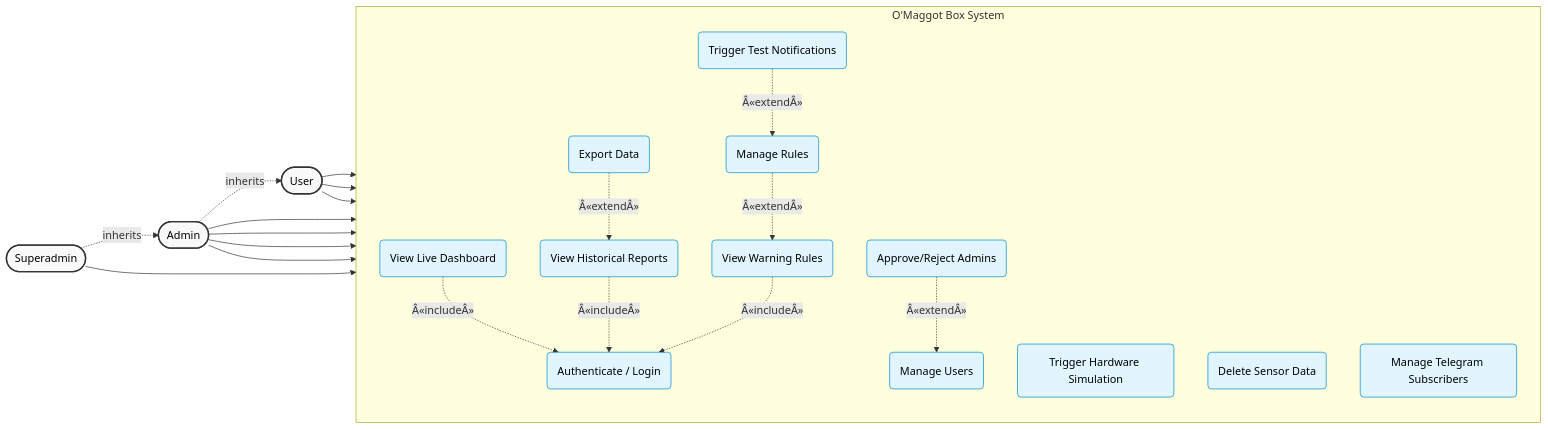
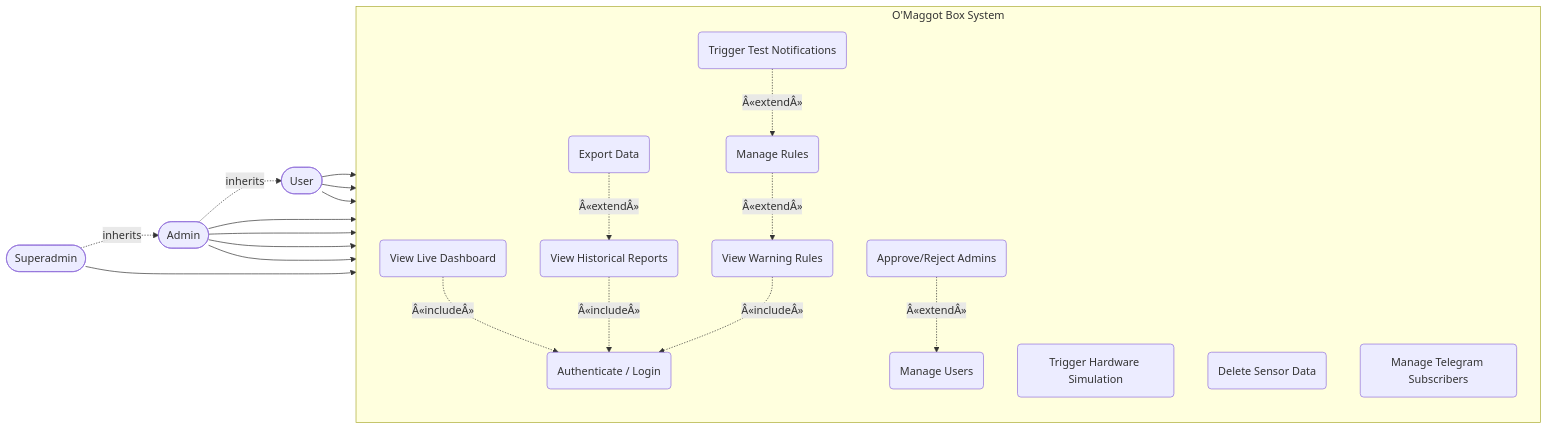
One commit to boyishwara/omaggot changed the fourth of 5 diagrams in README.md. Above: the diagram before and after it, drawn with Mermaid. The commit also changed other lines of this file, not shown here.

````diff
--- a/README.md
+++ b/README.md
@@ -318,62 +318,62 @@
 ```mermaid
 flowchart LR
     %% Actors
     User([User])
     Admin([Admin])
     Superadmin([Superadmin])
 
     %% Inheritance (Generalization)
     Superadmin -.->|inherits| Admin
     Admin -.->|inherits| User
 
     %% System Boundary
     subgraph O_Maggot_System [O'Maggot Box System]
         direction TB
-        
+
         %% Use Cases
         UC_Auth(Authenticate / Login)
-        
+
         UC_Dash(View Live Dashboard)
         UC_Rep(View Historical Reports)
         UC_Exp(Export Data)
-        
+
         UC_ViewRule(View Warning Rules)
         UC_MgmtRule(Manage Rules)
         UC_TestNotif(Trigger Test Notifications)
-        
+
         UC_Simulate(Trigger Hardware Simulation)
         UC_DelData(Delete Sensor Data)
         UC_Subscribers(Manage Telegram Subscribers)
-        
+
         UC_UserMgmt(Manage Users)
         UC_Approve(Approve/Reject Admins)
 
         %% Include relationships (Mandatory)
         UC_Dash -.->|"Â«includeÂ»"| UC_Auth
         UC_Rep -.->|"Â«includeÂ»"| UC_Auth
         UC_ViewRule -.->|"Â«includeÂ»"| UC_Auth
-        
+
         %% Extend relationships (Optional behavior)
         UC_Exp -.->|"Â«extendÂ»"| UC_Rep
         UC_MgmtRule -.->|"Â«extendÂ»"| UC_ViewRule
         UC_TestNotif -.->|"Â«extendÂ»"| UC_MgmtRule
         UC_Approve -.->|"Â«extendÂ»"| UC_UserMgmt
     end
 
     %% Actor to Use Case Relationships
     User --> UC_Dash
     User --> UC_Rep
     User --> UC_ViewRule
 
     Admin --> UC_MgmtRule
     Admin --> UC_Simulate
     Admin --> UC_DelData
     Admin --> UC_Subscribers
 
     Superadmin --> UC_UserMgmt
 
-    classDef actor fill:#f9f9f9,stroke:#333,stroke-width:2px,color:#000000;
-    classDef usecase fill:#e1f5fe,stroke:#0288d1,stroke-width:1px,color:#000000;
+    classDef actor fill:fff,stroke:,stroke-width:px,color:;
+    classDef usecase fill:effe,stroke:d,stroke-width:px,color:;
     class User,Admin,Superadmin actor;
     class UC_Auth,UC_Dash,UC_Rep,UC_Exp,UC_ViewRule,UC_MgmtRule,UC_TestNotif,UC_Simulate,UC_DelData,UC_Subscribers,UC_UserMgmt,UC_Approve usecase;
 ```
````
